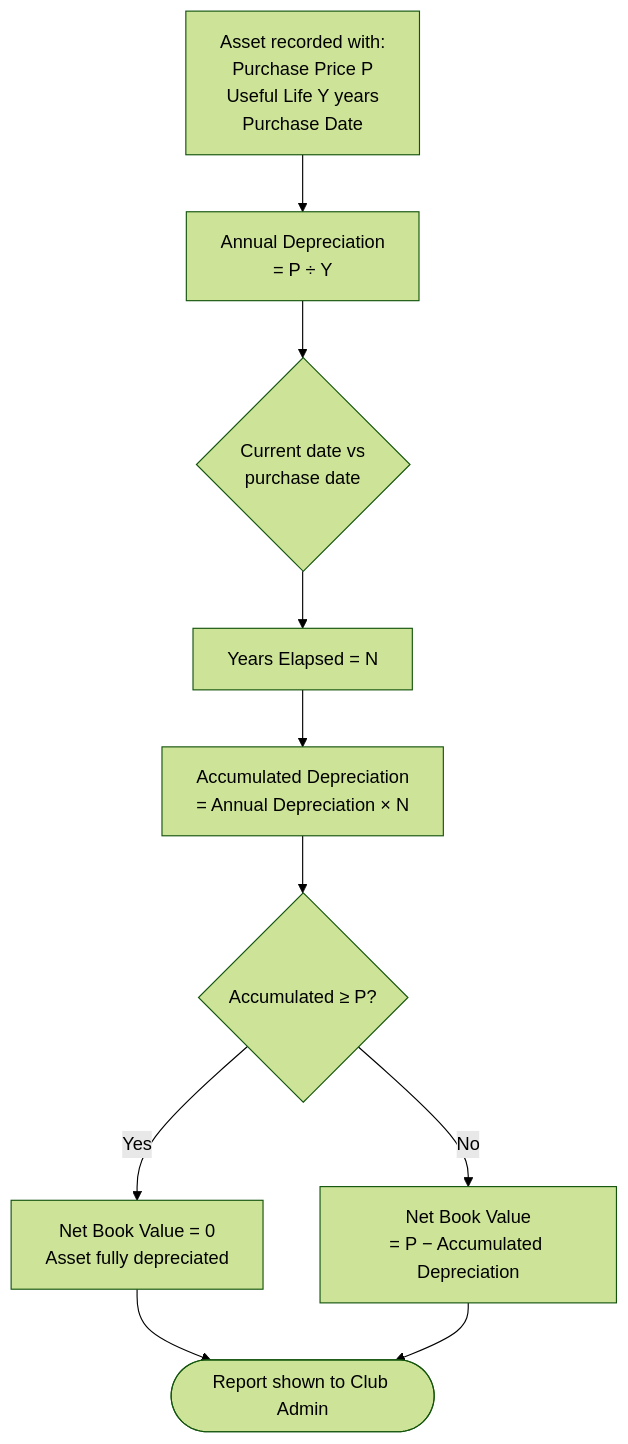
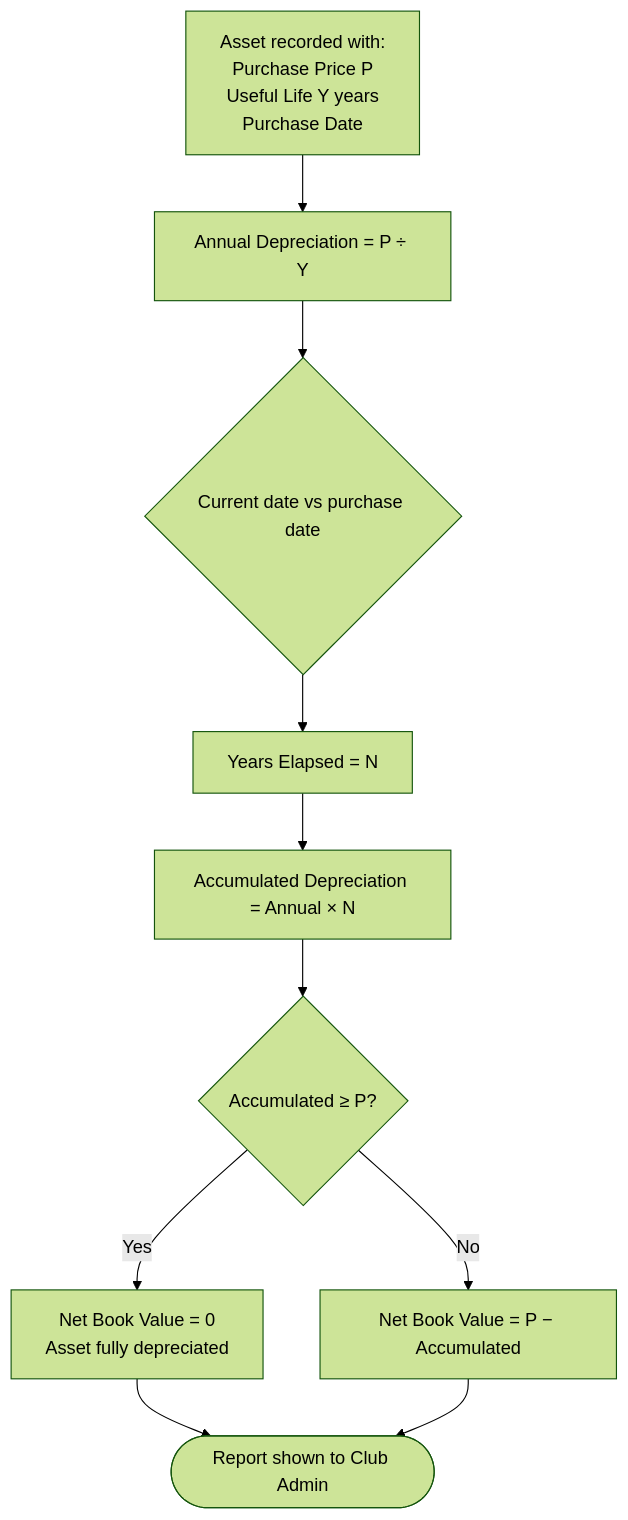
The eighth of 8 diagrams in docs/system-design.md (Hansenyao/sportstock), drawn with Mermaid (forest theme) before and after one commit. The commit also changed other lines of this file and 29 other files, not shown here.

````diff
--- a/docs/system-design.md
+++ b/docs/system-design.md
@@ -275,12 +293,12 @@
 ```mermaid
 flowchart TD
-    A[Asset recorded with:\nPurchase Price P\nUseful Life Y years\nPurchase Date] --> B[Annual Depreciation\n= P ÷ Y]
-    B --> C{Current date vs\npurchase date}
+    A[Asset recorded with:\nPurchase Price P\nUseful Life Y years\nPurchase Date] --> B[Annual Depreciation = P ÷ Y]
+    B --> C{Current date vs purchase date}
     C --> D[Years Elapsed = N]
-    D --> E[Accumulated Depreciation\n= Annual Depreciation × N]
+    D --> E[Accumulated Depreciation = Annual × N]
     E --> F{Accumulated ≥ P?}
     F -- Yes --> G[Net Book Value = 0\nAsset fully depreciated]
-    F -- No --> H[Net Book Value\n= P − Accumulated Depreciation]
+    F -- No --> H[Net Book Value = P − Accumulated]
     G --> I([Report shown to Club Admin])
     H --> I
 ```
````
